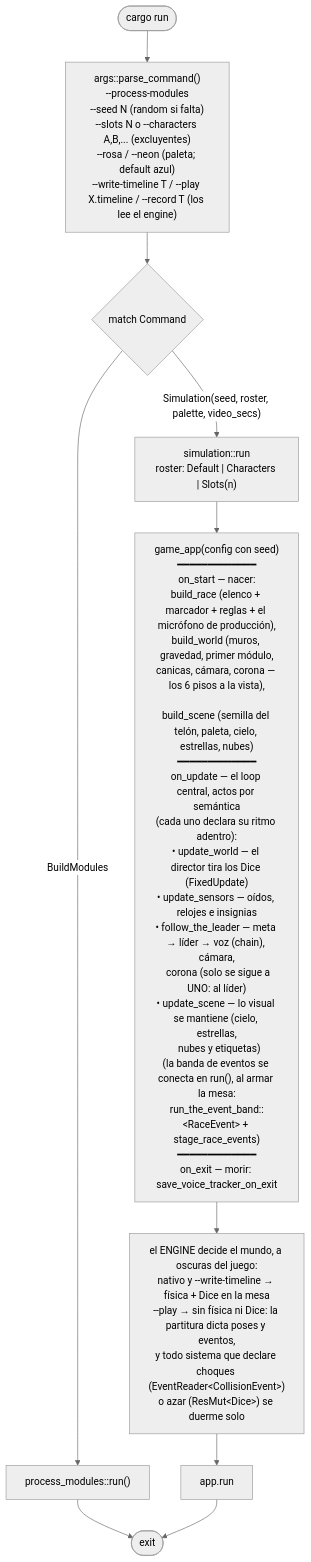
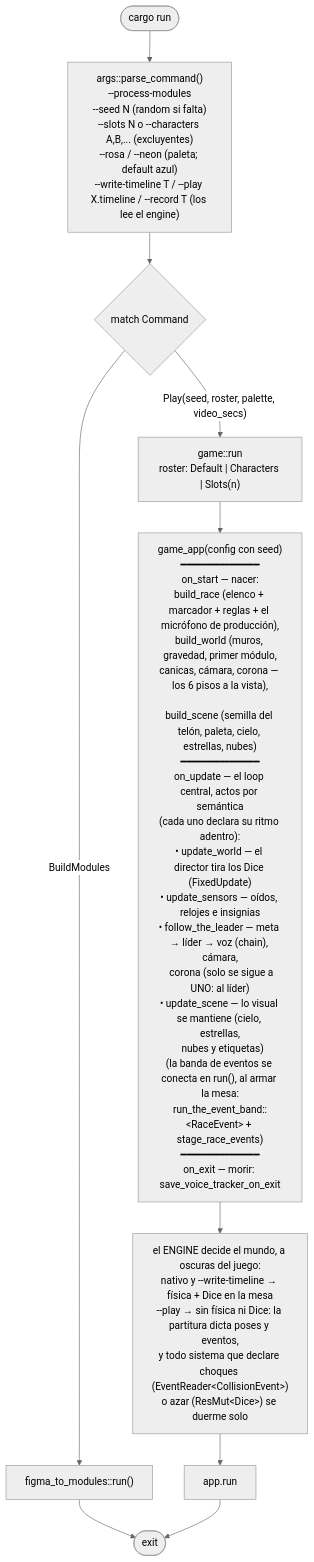
The first of 5 diagrams in docs/flow.md (jesusgomeznuz/canicasbrawl-rapier), drawn with Mermaid (neutral theme) before and after one commit. The commit also changed other lines of this file and 8 other files, not shown here.

First line of the commit message:
refactor: la portada game::run — el juego vive en su propia carpeta

````diff
--- a/docs/flow.md
+++ b/docs/flow.md
@@ -7,15 +7,15 @@
 ```mermaid
 flowchart TD
     Start([cargo run]) --> Parse["args::parse_command()<br/>--process-modules<br/>--seed N (random si falta)<br/>--slots N o --characters A,B,... (excluyentes)<br/>--rosa / --neon (paleta; default azul)<br/>--write-timeline T / --play X.timeline / --record T (los lee el engine)"]
     Parse --> Match{match Command}
-    Match -- BuildModules --> Editor["process_modules::run()"]
-    Match -- "Simulation(seed, roster, palette, video_secs)" --> Run["simulation::run<br/>roster: Default | Characters | Slots(n)"]
+    Match -- BuildModules --> Editor["figma_to_modules::run()"]
+    Match -- "Play(seed, roster, palette, video_secs)" --> Run["game::run<br/>roster: Default | Characters | Slots(n)"]
 
     Run --> Fases["game_app(config con seed)<br/>━━━━━━━━━━━━━<br/>on_start — nacer:<br/>build_race (elenco + marcador + reglas + el micrófono de producción),<br/>build_world (muros, gravedad, primer módulo,<br/>canicas, cámara, corona — los 6 pisos a la vista),<br/><br/>build_scene (semilla del telón, paleta, cielo, estrellas, nubes)<br/>━━━━━━━━━━━━━<br/>on_update — el loop central, actos por semántica<br/>(cada uno declara su ritmo adentro):<br/>• update_world — el director tira los Dice (FixedUpdate)<br/>• update_sensors — oídos, relojes e insignias<br/>• follow_the_leader — meta → líder → voz (chain), cámara,<br/>&nbsp;&nbsp;corona (solo se sigue a UNO: al líder)<br/>• update_scene — lo visual se mantiene (cielo, estrellas,<br/>&nbsp;&nbsp;nubes y etiquetas)<br/>(la banda de eventos se conecta en run(), al armar la mesa:<br/>run_the_event_band::&lt;RaceEvent&gt; + stage_race_events)<br/>━━━━━━━━━━━━━<br/>on_exit — morir: save_voice_tracker_on_exit"]
 
     Fases --> Dark["el ENGINE decide el mundo, a oscuras del juego:<br/>nativo y --write-timeline → física + Dice en la mesa<br/>--play → sin física ni Dice: la partitura dicta poses y eventos,<br/>y todo sistema que declare choques (EventReader&lt;CollisionEvent&gt;)<br/>o azar (ResMut&lt;Dice&gt;) se duerme solo"]
 
     Editor --> End([exit])
     Dark --> Loop["app.run"]
     Loop --> End
 ```
````
